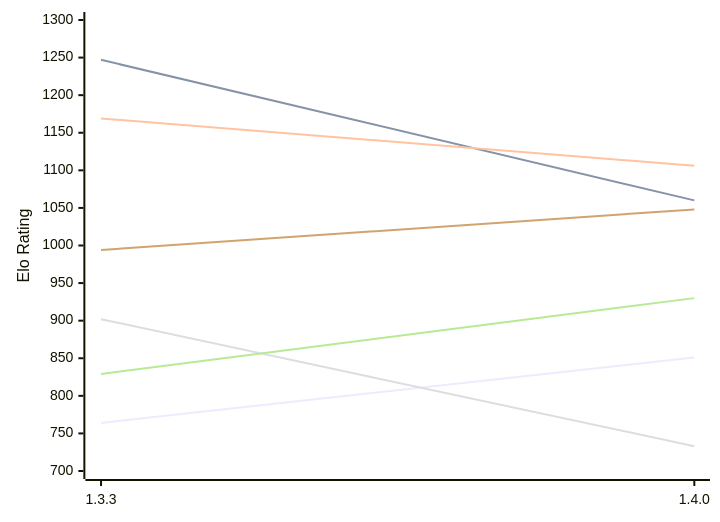
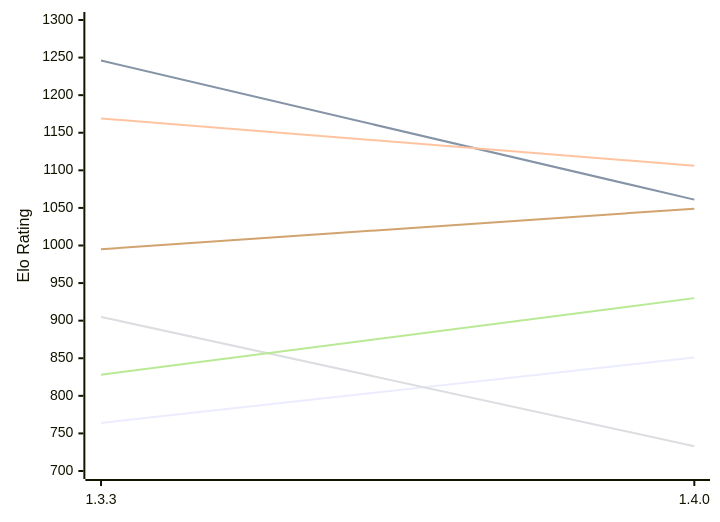
The first of 2 diagrams in engines/Whitespine.md (computer-chess-index/cci), drawn with Mermaid before and after one commit. The commit also changed other lines of this file, not shown here.

Commit message:
Update CCI Ratings (ELO VLTC) - 2026-11-23

````diff
--- a/engines/Whitespine.md
+++ b/engines/Whitespine.md
@@ -51,12 +51,12 @@
 ```mermaid
 %%{init: {"theme":"base","themeVariables":{"seriesColors:['#a3a3a3','#222221','#faa371']}}}%%
 xychart-beta
   x-axis ["1.3.3", "1.4.0"]
   y-axis "Elo Rating" 700 --> 1300
   line "E1: STC (8.0+0.08s)" [764, 851]
-  line "E1: LTC (60.0+0.60s)" [1247, 1060]
+  line "E1: LTC (60.0+0.60s)" [1246, 1061]
   line "E1: VLTC (2m24s+1.12s)" [1169, 1106]
-  line "P1: STC (8.0+0.08s)" [902, 733]
-  line "P1: LTC (60.0+0.60s)" [829, 930]
-  line "P1: VLTC (2m24s+1.12s)" [994, 1048]
+  line "P1: STC (8.0+0.08s)" [905, 733]
+  line "P1: LTC (60.0+0.60s)" [828, 930]
+  line "P1: VLTC (2m24s+1.12s)" [995, 1049]
 ```
````
